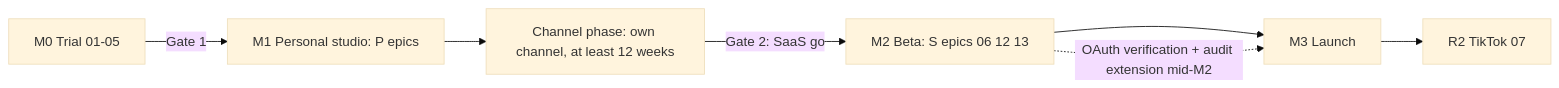
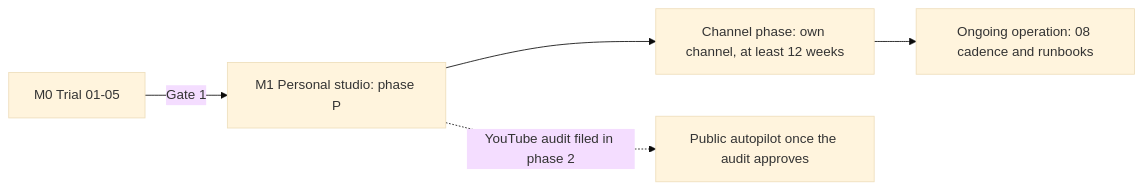
One commit to anglesen1120/NightTalesStudio changed the first of 2 diagrams in plans/00-overview.md. Above: the diagram before and after it, drawn with Mermaid (base theme). The commit also changed other lines of this file and 335 other files, not shown here.

First line of the commit message:
docs: drop phase S (SaaS) per owner decision DEC 10.14

````diff
--- a/plans/00-overview.md
+++ b/plans/00-overview.md
@@ -75,9 +71,7 @@
 ```mermaid
 flowchart LR
-  M0[M0 Trial 01-05] -->|"Gate 1"| M1[M1 Personal studio: P epics]
+  M0[M0 Trial 01-05] -->|"Gate 1"| M1[M1 Personal studio: phase P]
   M1 --> CH[Channel phase: own channel, at least 12 weeks]
-  CH -->|"Gate 2: SaaS go"| M2[M2 Beta: S epics 06 12 13]
-  M2 --> M3[M3 Launch]
-  M3 --> R2[R2 TikTok 07]
-  M2 -. "OAuth verification + audit extension mid-M2" .-> M3
+  CH --> OPS[Ongoing operation: 08 cadence and runbooks]
+  M1 -. "YouTube audit filed in phase 2" .-> PUB[Public autopilot once the audit approves]
 ```
````
